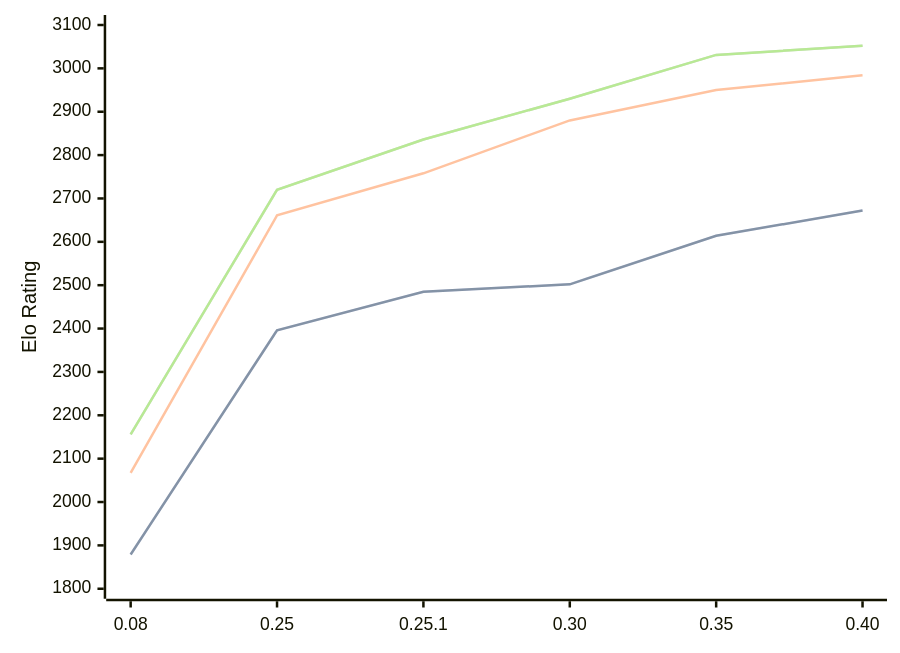
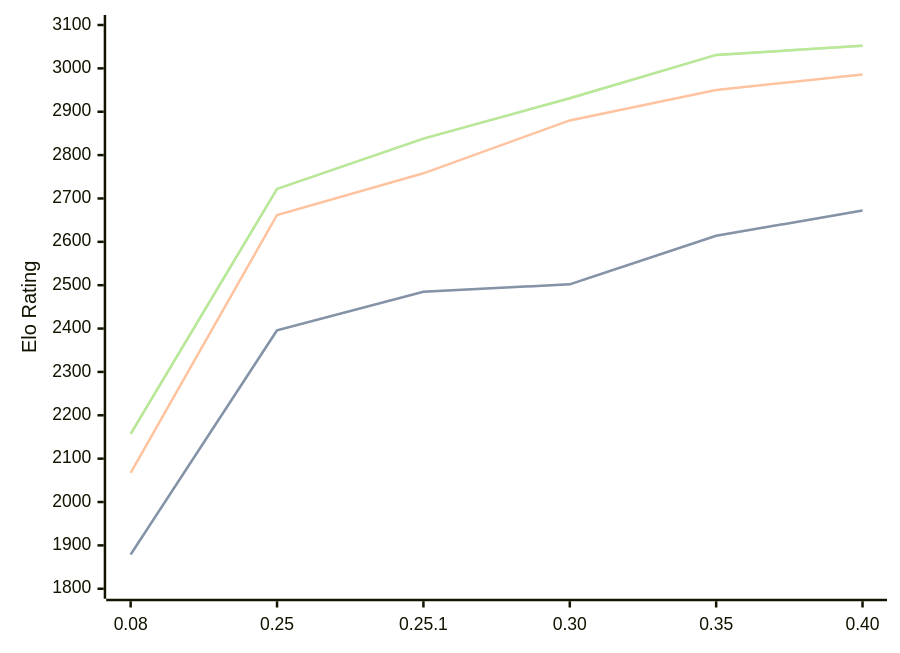
The diagram in engines/Gecko.md (computer-chess-index/cci), drawn with Mermaid before and after one commit. The commit also changed other lines of this file, not shown here.

Commit message:
Update CCI Ratings (ELO VLTC) - 2026-09-16

````diff
--- a/engines/Gecko.md
+++ b/engines/Gecko.md
@@ -36,11 +36,11 @@
 ```mermaid
 %%{init: {"theme":"base","themeVariables":{"seriesColors:['#a3a3a3','#222221','#faa371']}}}%%
 xychart-beta
   x-axis ["0.08", "0.25", "0.25.1", "0.30", "0.35", "0.40"]
   y-axis "Elo Rating" 1800 --> 3100
   line "" [1879, 2396, 2485, 2502, 2614, 2672]
   line "STC (8.0+0.08s)" [1879, 2396, 2485, 2502, 2614, 2672]
-  line "LTC (60.0+0.60s)" [2067, 2661, 2758, 2880, 2950, 2984]
-  line "" [2156, 2720, 2836, 2930, 3031, 3052]
-  line "VLTC (2m24s+1.12s)" [2156, 2720, 2836, 2930, 3031, 3052]
+  line "LTC (60.0+0.60s)" [2067, 2662, 2758, 2880, 2950, 2986]
+  line "" [2157, 2722, 2838, 2931, 3031, 3052]
+  line "VLTC (2m24s+1.12s)" [2157, 2722, 2838, 2931, 3031, 3052]
 ```
````
